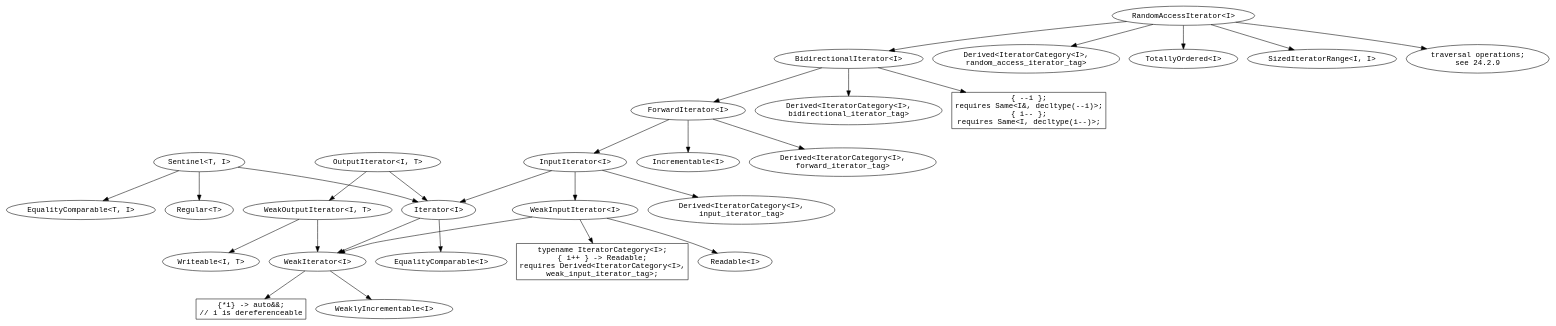
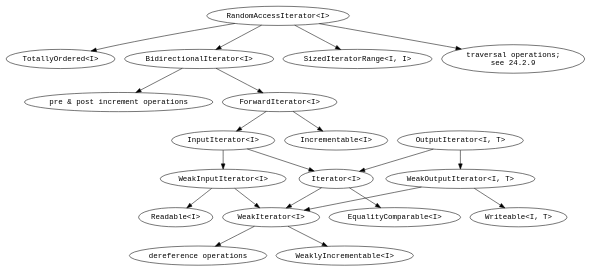
One commit to Beman/range-ts-diagrams changed the diagram in iterator-concepts.dot. Above: the diagram before and after it, drawn with Graphviz. The commit also changed 1 other file, not shown here.

Commit message:
Correct mistakes. Comment out the tag requirements as they added clutter without adding much to overall understanding. Change the detailed requires boxes with simpler blobs with general prose wording. Futz with ordering of nodes to improve compactness of resulting diagram.

```diff
--- a/iterator-concepts.dot
+++ b/iterator-concepts.dot
@@ -1,73 +1,97 @@
+// Iterator Concepts
+
+// © Copyright Beman Dawes 2015
+
+/*
+digraph sentinel_concepts
+{
+  graph [fontname = "courier"];
+  node [fontname = "courier"];
+  edge [fontname = "courier"];
+  
+  sentinel_t_i [label="Sentinel<T, I>"]
+  equality_comparable_t_i [label="EqualityComparable<T, I>"]
+  regular_t [label="Regular<T>"]
+  iterator_i [label="Iterator<I>"]
+  
+  sentinel_t_i -> regular_t;
+  sentinel_t_i -> iterator_i;
+  sentinel_t_i -> equality_comparable_t_i
+}
+*/
+
 digraph iterator_concepts
 {
   graph [fontname = "courier"];
   node [fontname = "courier"];
   edge [fontname = "courier"];
   
-  dereferenceable [shape=box, label="{*i} -> auto&&;\n// i is dereferenceable"]
+  random_access_iterator_i [label="RandomAccessIterator<I>"]
+  totally_ordered_i [label="TotallyOrdered<I>"]
+  bidirectional_iterator_i [label="BidirectionalIterator<I>"]
+  dereferenceable [label="dereference operations"]
   weakly_incrementable_i [label="WeaklyIncrementable<I>"]
   incrementable_i [label="Incrementable<I>"]
   weak_iterator_i [label="WeakIterator<I>"]
   equality_comparable_i [label="EqualityComparable<I>"]
-  equality_comparable_t_i [label="EqualityComparable<T, I>"]
-  regular_t [label="Regular<T>"]
+  //equality_comparable_t_i [label="EqualityComparable<T, I>"]
+  //regular_t [label="Regular<T>"]
   iterator_i [label="Iterator<I>"]
-  sentinal_t_i [label="Sentinel<T, I>"]
+  //iterator_i_ref [label="Iterator<I>"]
+  //sentinel_t_i [label="Sentinel<T, I>"]
   weak_input_iterator_i [label="WeakInputIterator<I>"]
   readable_i [label="Readable<I>"]
-  wii_req [shape=box, label="typename IteratorCategory<I>;\n{ i++ } -> Readable;\nrequires Derived<IteratorCategory<I>,\nweak_input_iterator_tag>;"]
+  //wii_req [label="typename IteratorCategory<I>;\n{ i++ } -> Readable;\nrequires Derived<IteratorCategory<I>,\nweak_input_iterator_tag>;"]
   input_iterator_i [label="InputIterator<I>"]
-  derived_ii [label="Derived<IteratorCategory<I>,\n input_iterator_tag>"]
-  derived_fi [label="Derived<IteratorCategory<I>,\n forward_iterator_tag>"]
-  derived_bi [label="Derived<IteratorCategory<I>,\n bidirectional_iterator_tag>"]
-  derived_rai [label="Derived<IteratorCategory<I>,\n random_access_iterator_tag>"]
-  bi_req [shape=box, label="{ --i };\nrequires Same<I&, decltype(--i)>;\n{ i-- };\nrequires Same<I, decltype(i--)>;"]
+  //derived_ii [label="Derived<IteratorCategory<I>,\n input_iterator_tag>"]
+  //derived_fi [label="Derived<IteratorCategory<I>,\n forward_iterator_tag>"]
+  //derived_bi [label="Derived<IteratorCategory<I>,\n bidirectional_iterator_tag>"]
+  //derived_rai [label="Derived<IteratorCategory<I>,\n random_access_iterator_tag>"]
+  bi_req [label="pre & post increment operations"]
   forward_iterator_i [label="ForwardIterator<I>"]
-  bidirectional_iterator_i [label="BidirectionalIterator<I>"]
-  random_access_iterator_i [label="RandomAccessIterator<I>"]
-  totally_ordered_i [label="TotallyOrdered<I>"]
-  sar_ii [label="SizedIteratorRange<I, I>"]
+  sir_ii [label="SizedIteratorRange<I, I>"]
   traversal_ops [label="traversal operations;\nsee 24.2.9"]
   weak_output_iterator_i_t [label="WeakOutputIterator<I, T>"]
   writeable_i_t [label="Writeable<I, T>"] 
   output_iterator_i_t [label="OutputIterator<I, T>"]
    
   weak_iterator_i -> weakly_incrementable_i;
   weak_iterator_i -> dereferenceable
   
   iterator_i -> weak_iterator_i;
   iterator_i -> equality_comparable_i;
   
-  sentinal_t_i -> regular_t;
-  sentinal_t_i -> iterator_i;
-  sentinal_t_i -> equality_comparable_t_i
+  //sentinel_t_i -> regular_t;
+  //sentinel_t_i -> iterator_i_ref;
+  //sentinel_t_i -> equality_comparable_t_i
+  //sir_ii -> sentinel_t_i [style=invis]; // dummy vertex to control placement
   
   weak_input_iterator_i -> weak_iterator_i;
   weak_input_iterator_i -> readable_i;
-  weak_input_iterator_i -> wii_req;
+  //weak_input_iterator_i -> wii_req;
   
   input_iterator_i -> weak_input_iterator_i;
   input_iterator_i -> iterator_i;
-  input_iterator_i -> derived_ii;
+  //input_iterator_i -> derived_ii;
   
   forward_iterator_i -> input_iterator_i;
   forward_iterator_i -> incrementable_i;
-  forward_iterator_i -> derived_fi;
+  //forward_iterator_i -> derived_fi;
   
   bidirectional_iterator_i -> forward_iterator_i;
-  bidirectional_iterator_i -> derived_bi;
+  //bidirectional_iterator_i -> derived_bi;
   bidirectional_iterator_i -> bi_req;
   
+  random_access_iterator_i -> totally_ordered_i;
+  random_access_iterator_i -> sir_ii;
+  random_access_iterator_i -> traversal_ops;
   random_access_iterator_i -> bidirectional_iterator_i;
-  random_access_iterator_i -> totally_ordered_i;
-  random_access_iterator_i -> derived_rai;
-  random_access_iterator_i -> sar_ii;
-  random_access_iterator_i -> traversal_ops;
+  //random_access_iterator_i -> derived_rai;
   
   weak_output_iterator_i_t -> weak_iterator_i;
   weak_output_iterator_i_t -> writeable_i_t;
   
   output_iterator_i_t -> weak_output_iterator_i_t;
   output_iterator_i_t -> iterator_i;
   
 }
```
